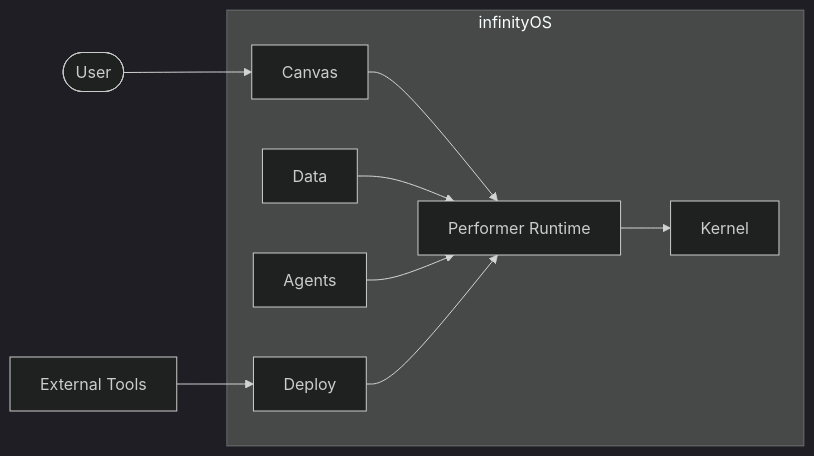
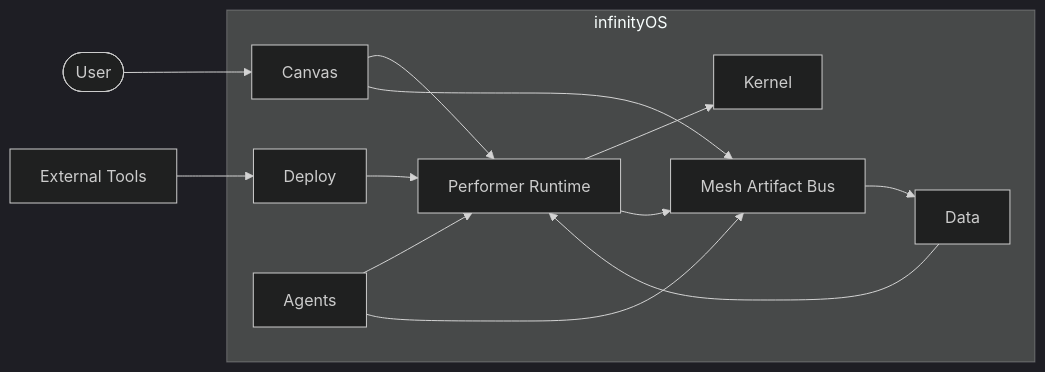
The first of 2 diagrams in AGENTS.md (somat3k/test-repository-infinity_OS), drawn with Mermaid (dark theme) before and after one commit. The commit also changed other lines of this file, not shown here.

Commit message:
Update AGENTS.md with new content

````diff
--- a/AGENTS.md
+++ b/AGENTS.md
@@ -34,12 +35,16 @@
 ```mermaid
 flowchart LR
   User([User]) --> Canvas
   External[External Tools] --> Deploy
   subgraph infinityOS
     Canvas --> Runtime[Performer Runtime]
     Data --> Runtime
     Agents --> Runtime
     Runtime --> Kernel
     Deploy --> Runtime
+    Runtime --> Mesh[Mesh Artifact Bus]
+    Agents --> Mesh
+    Canvas --> Mesh
+    Mesh --> Data
   end
 ```
````
